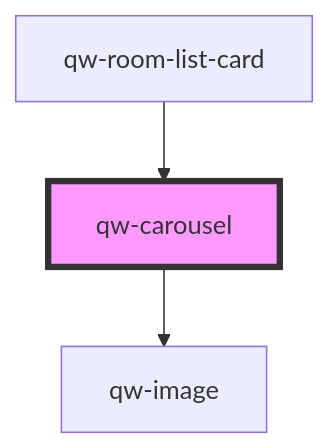
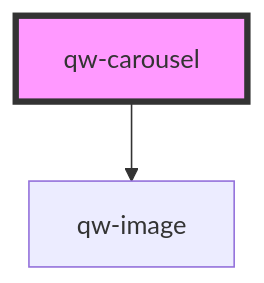
The diagram in src/components/shared/qw-carousel/readme.md (qwentes-team/qw-hotels), drawn with Mermaid before and after one commit. The commit also changed other lines of this file and 2 other files, not shown here.

Commit message:
feat(carousel): implemented carousel

````diff
--- a/src/components/shared/qw-carousel/readme.md
+++ b/src/components/shared/qw-carousel/readme.md
@@ -27,6 +23,5 @@
 ```mermaid
 graph TD;
   qw-carousel --> qw-image
-  qw-room-list-card --> qw-carousel
   style qw-carousel fill:#f9f,stroke:#333,stroke-width:4px
 ```
````
